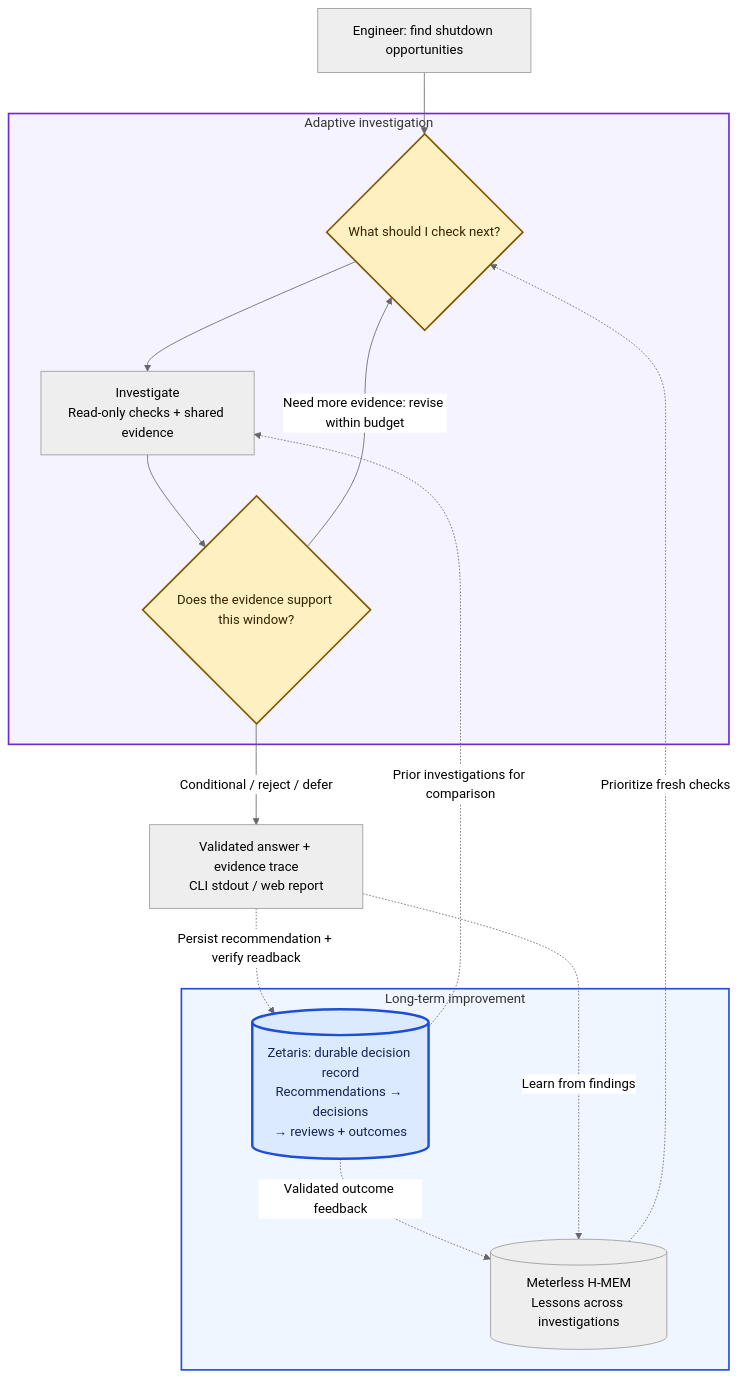
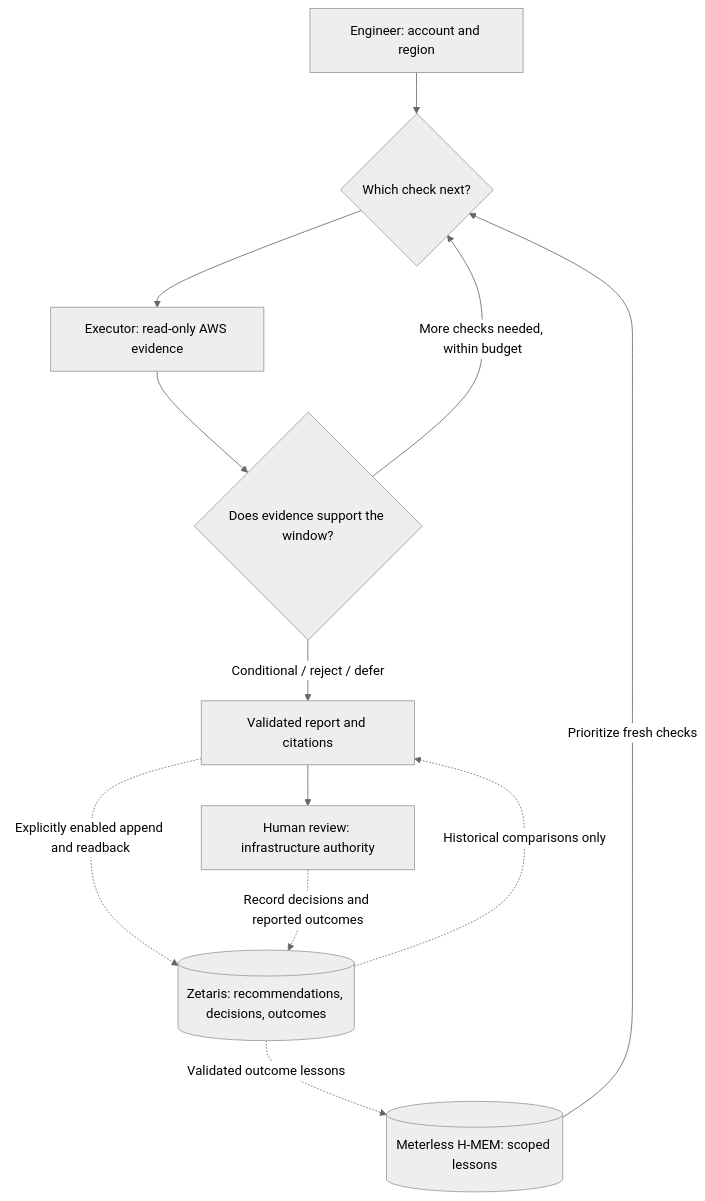
Before and after one commit to milaforge/cloud-cost-investigator: the diagram in README.md, drawn with Mermaid (neutral theme). The commit also changed other lines of this file and 1 other file, not shown here.

````diff
--- a/README.md
+++ b/README.md
@@ -101,23 +33,14 @@
 ```mermaid
 flowchart TD
-    U["Engineer: find shutdown opportunities"] --> P
-    subgraph Agent["Adaptive investigation"]
-        P{"What should I check next?"} --> I["Investigate<br/>Read-only checks + shared evidence"]
-        I --> E{"Does the evidence support this window?"}
-        E -->|Need more evidence: revise within budget| P
-    end
-    E -->|Conditional / reject / defer| R["Validated answer + evidence trace<br/>CLI stdout / web report"]
-    subgraph Improvement["Long-term improvement"]
-        Z[("Zetaris: durable decision record<br/>Recommendations → decisions<br/>→ reviews + outcomes")] -.->|Validated outcome feedback| M[("Meterless H-MEM<br/>Lessons across investigations")]
-    end
-    Z -.->|Prior investigations for comparison| I
-    R -.->|Persist recommendation + verify readback| Z
-    M -.->|Prioritize fresh checks| P
-    R -.->|Learn from findings| M
-    classDef decision fill:#fff0c2,stroke:#805900,color:#332200,stroke-width:2px;
-    class P,E decision;
-    classDef primary fill:#dbeafe,stroke:#1d4ed8,color:#172554,stroke-width:3px;
-    class Z primary;
-    style Agent fill:#f5f3ff,stroke:#6d28d9,stroke-width:2px
-    style Improvement fill:#eff6ff,stroke:#1d4ed8,stroke-width:2px
+    U[Engineer: account and region] --> P{Which check next?}
+    M[(Meterless H-MEM: scoped lessons)] -->|Prioritize fresh checks| P
+    P --> X[Executor: read-only AWS evidence]
+    X --> E{Does evidence support the window?}
+    E -->|More checks needed, within budget| P
+    E -->|Conditional / reject / defer| R[Validated report and citations]
+    R --> H[Human review: infrastructure authority]
+    R -.->|Explicitly enabled append and readback| Z[(Zetaris: recommendations, decisions, outcomes)]
+    H -.->|Record decisions and reported outcomes| Z
+    Z -.->|Historical comparisons only| R
+    Z -.->|Validated outcome lessons| M
 ```
````
